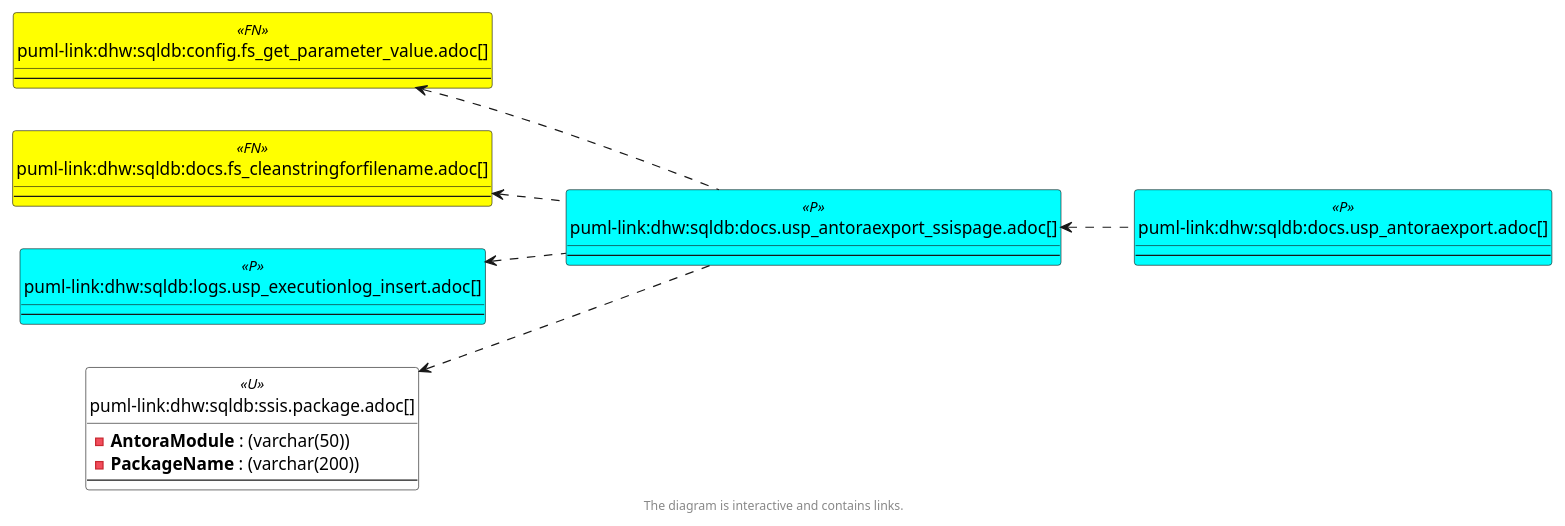
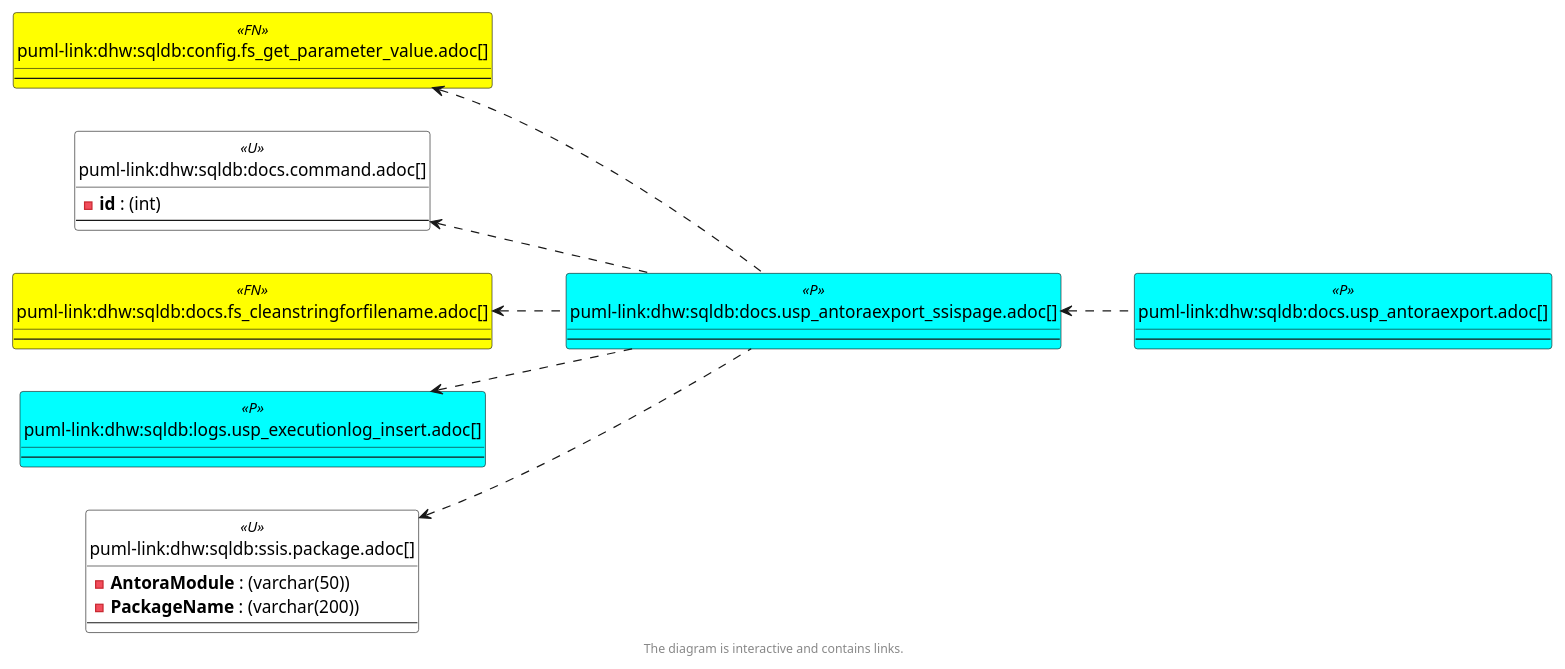
One commit to DataHandwerk/dhw-antora-sqldb changed the third of 6 diagrams in docs/modules/sqldb/partials/content/docs.usp_antoraexport_ssispage.adoc. Above: the diagram before and after it, drawn with PlantUML. The commit also changed other lines of this file and 701 other files, not shown here.

```diff
--- a/docs/modules/sqldb/partials/content/docs.usp_antoraexport_ssispage.adoc
+++ b/docs/modules/sqldb/partials/content/docs.usp_antoraexport_ssispage.adoc
@@ -628,66 +634,72 @@
 [plantuml, entity_1_1_objectref-{docname}, svg, subs=macros]
 ....
 @startuml
 left to right direction
 'top to bottom direction
 hide circle
 'avoide "." issues:
 set namespaceSeparator none
 
 
 skinparam class {
   BackgroundColor White
   BackgroundColor<<FN>> Yellow
   BackgroundColor<<FS>> Yellow
   BackgroundColor<<FT>> LightGray
   BackgroundColor<<IF>> Yellow
   BackgroundColor<<IS>> Yellow
   BackgroundColor<<P>>  Aqua
   BackgroundColor<<PC>> Aqua
   BackgroundColor<<SN>> Yellow
   BackgroundColor<<SO>> SlateBlue
   BackgroundColor<<TF>> LightGray
   BackgroundColor<<TR>> Tomato
   BackgroundColor<<U>>  White
   BackgroundColor<<V>>  WhiteSmoke
   BackgroundColor<<X>>  Aqua
   BackgroundColor<<external>> AliceBlue
 }
 
 
 entity "puml-link:dhw:sqldb:config.fs_get_parameter_value.adoc[]" as config.fs_get_parameter_value << FN >> {
   --
 }
 
+entity "puml-link:dhw:sqldb:docs.command.adoc[]" as docs.command << U >> {
+  - **id** : (int)
+  --
+}
+
 entity "puml-link:dhw:sqldb:docs.fs_cleanstringforfilename.adoc[]" as docs.fs_cleanStringForFilename << FN >> {
   --
 }
 
 entity "puml-link:dhw:sqldb:docs.usp_antoraexport.adoc[]" as docs.usp_AntoraExport << P >> {
   --
 }
 
 entity "puml-link:dhw:sqldb:docs.usp_antoraexport_ssispage.adoc[]" as docs.usp_AntoraExport_SsisPage << P >> {
   --
 }
 
 entity "puml-link:dhw:sqldb:logs.usp_executionlog_insert.adoc[]" as logs.usp_ExecutionLog_insert << P >> {
   --
 }
 
 entity "puml-link:dhw:sqldb:ssis.package.adoc[]" as ssis.Package << U >> {
   - **AntoraModule** : (varchar(50))
   - **PackageName** : (varchar(200))
   --
 }
 
 config.fs_get_parameter_value <.. docs.usp_AntoraExport_SsisPage
+docs.command <.. docs.usp_AntoraExport_SsisPage
 docs.fs_cleanStringForFilename <.. docs.usp_AntoraExport_SsisPage
 docs.usp_AntoraExport_SsisPage <.. docs.usp_AntoraExport
 logs.usp_ExecutionLog_insert <.. docs.usp_AntoraExport_SsisPage
 ssis.Package <.. docs.usp_AntoraExport_SsisPage
 
 footer The diagram is interactive and contains links.
 
 @enduml
 ....
```
